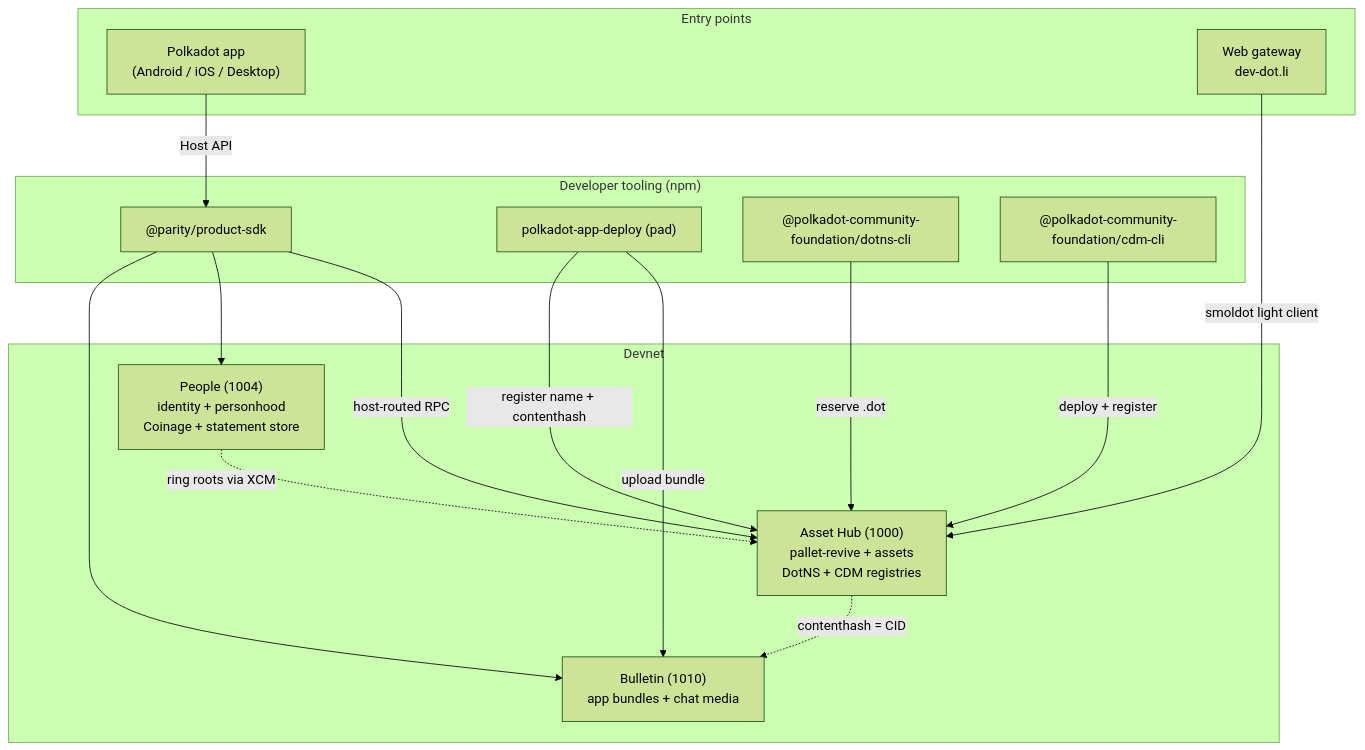
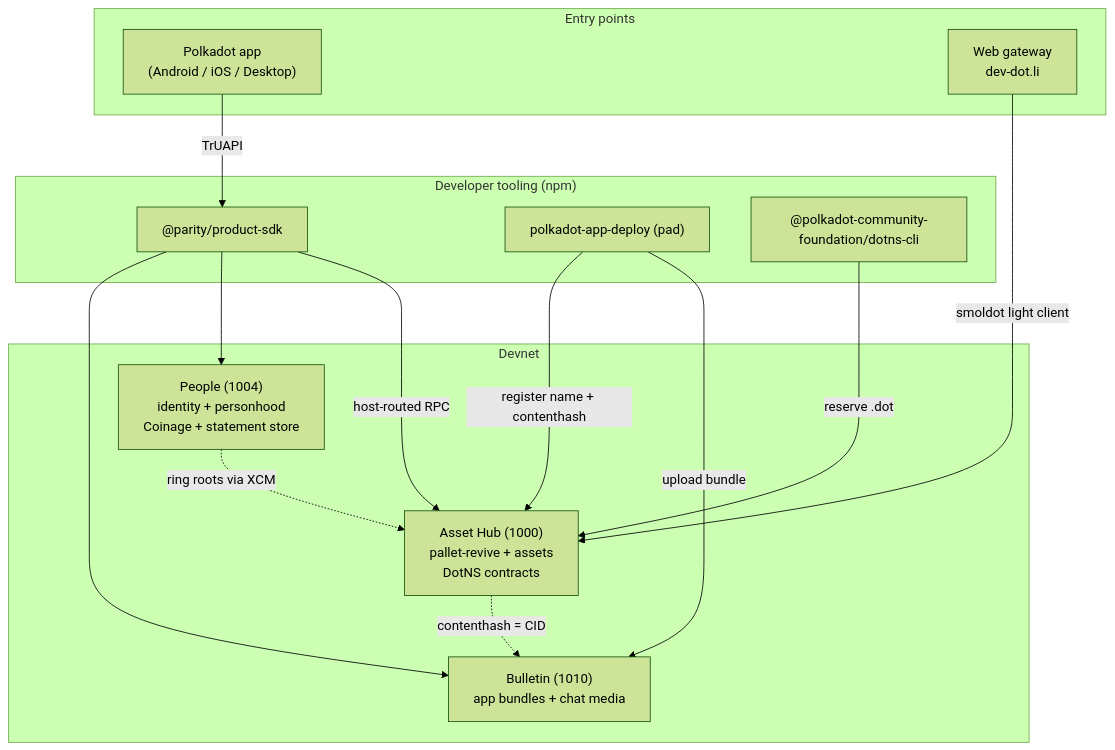
Before and after one commit to Polkadot-Community-Foundation/polkadot-app-docs: the diagram in docs/architecture/index.md, drawn with Mermaid (forest theme). The commit also changed other lines of this file and 42 other files, not shown here.

````diff
--- a/docs/architecture/index.md
+++ b/docs/architecture/index.md
@@ -47,34 +43,32 @@
 ```mermaid
 flowchart TD
   subgraph Clients["Entry points"]
     APP["Polkadot app<br/>(Android / iOS / Desktop)"]
     GW["Web gateway<br/>dev-dot.li"]
   end
 
   subgraph Dev["Developer tooling (npm)"]
     SDK["@parity/product-sdk"]
     PAD["polkadot-app-deploy (pad)"]
     DOTNS["@polkadot-community-foundation/dotns-cli"]
-    CDM["@polkadot-community-foundation/cdm-cli"]
   end
 
   subgraph Net["Devnet"]
-    AH["Asset Hub (1000)<br/>pallet-revive + assets<br/>DotNS + CDM registries"]
+    AH["Asset Hub (1000)<br/>pallet-revive + assets<br/>DotNS contracts"]
     PEOPLE["People (1004)<br/>identity + personhood<br/>Coinage + statement store"]
     BULLETIN["Bulletin (1010)<br/>app bundles + chat media"]
   end
 
-  APP -->|Host API| SDK
+  APP -->|TrUAPI| SDK
   GW -->|smoldot light client| AH
   SDK -->|host-routed RPC| AH
   SDK --> PEOPLE
   SDK --> BULLETIN
 
   PAD -->|upload bundle| BULLETIN
   PAD -->|register name + contenthash| AH
   DOTNS -->|reserve .dot| AH
-  CDM -->|deploy + register| AH
 
   AH -.->|contenthash = CID| BULLETIN
   PEOPLE -.->|ring roots via XCM| AH
 ```
````
